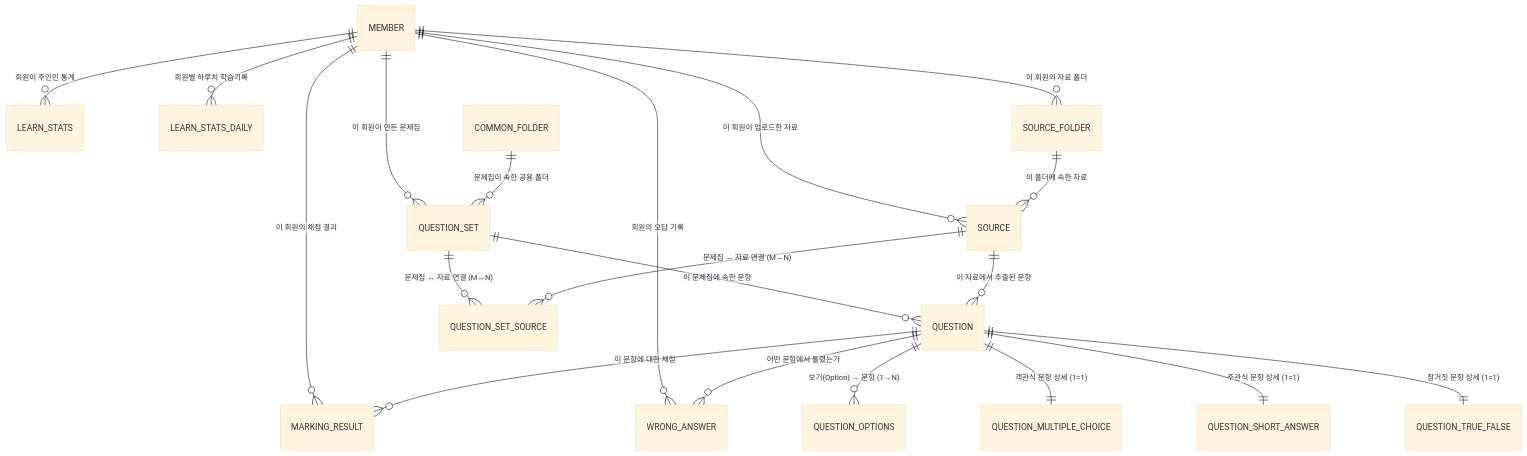
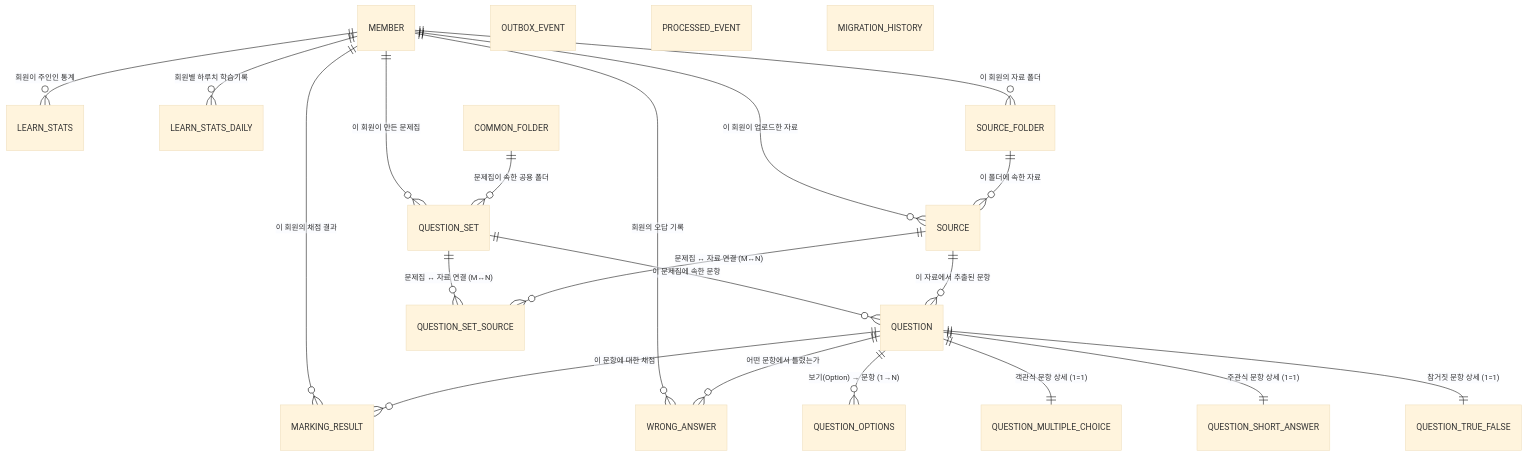
The diagram in public/content/backend/erd.md (Hyeonjun0527/pullit-docs-server), drawn with Mermaid (base theme) before and after one commit.

Commit message:
잘됨

````diff
--- a/public/content/backend/erd.md
+++ b/public/content/backend/erd.md
@@ -18,26 +18,31 @@
 ```mermaid
 erDiagram
     MEMBER ||--o{ LEARN_STATS : "회원이 주인인 통계"
     MEMBER ||--o{ LEARN_STATS_DAILY : "회원별 하루치 학습기록"
     MEMBER ||--o{ MARKING_RESULT : "이 회원의 채점 결과"
     MEMBER ||--o{ QUESTION_SET : "이 회원이 만든 문제집"
     MEMBER ||--o{ SOURCE : "이 회원이 업로드한 자료"
     MEMBER ||--o{ SOURCE_FOLDER : "이 회원의 자료 폴더"
     MEMBER ||--o{ WRONG_ANSWER : "회원의 오답 기록"
 
     QUESTION ||--o{ MARKING_RESULT : "이 문항에 대한 채점"
     QUESTION ||--o{ WRONG_ANSWER : "어떤 문항에서 틀렸는가"
     QUESTION ||--o{ QUESTION_OPTIONS : "보기(Option) → 문항 (1→N)"
     QUESTION ||--|| QUESTION_MULTIPLE_CHOICE : "객관식 문항 상세 (1=1)"
     QUESTION ||--|| QUESTION_SHORT_ANSWER : "주관식 문항 상세 (1=1)"
     QUESTION ||--|| QUESTION_TRUE_FALSE : "참거짓 문항 상세 (1=1)"
 
     QUESTION_SET ||--o{ QUESTION : "이 문제집에 속한 문항"
     SOURCE ||--o{ QUESTION : "이 자료에서 추출된 문항"
 
     QUESTION_SET ||--o{ QUESTION_SET_SOURCE : "문제집 ↔ 자료 연결 (M↔N)"
     SOURCE ||--o{ QUESTION_SET_SOURCE : "문제집 ↔ 자료 연결 (M↔N)"
 
     COMMON_FOLDER ||--o{ QUESTION_SET : "문제집이 속한 공용 폴더"
     SOURCE_FOLDER ||--o{ SOURCE : "이 폴더에 속한 자료"
+
+    %% Infrastructure Tables
+    OUTBOX_EVENT
+    PROCESSED_EVENT
+    MIGRATION_HISTORY
 ```
````
